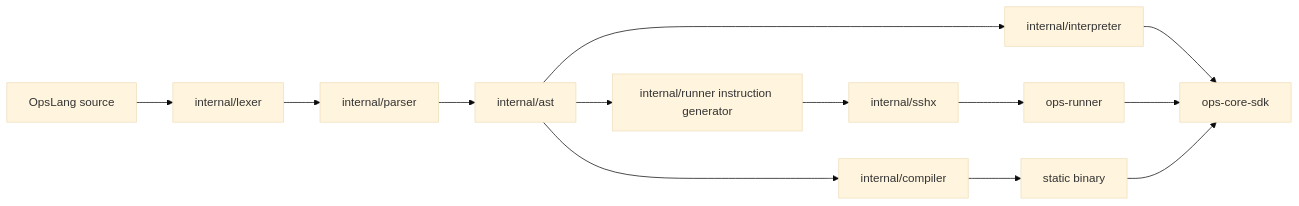
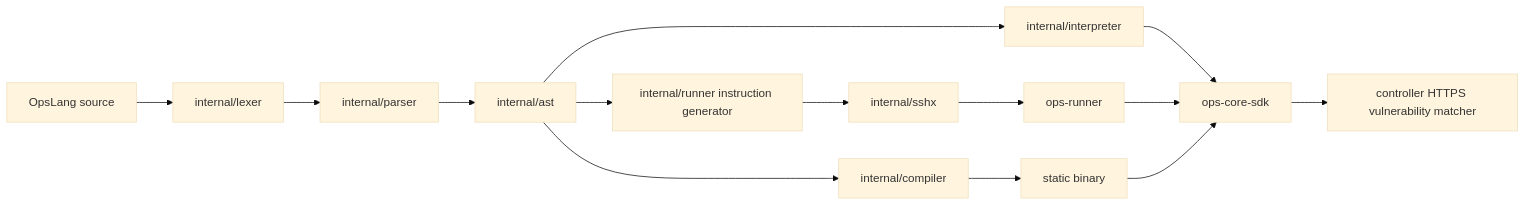
One commit to j4ckzh0u/opslang changed the first of 2 diagrams in .monkeycode/docs/ARCHITECTURE.md. Above: the diagram before and after it, drawn with Mermaid (base theme). The commit also changed other lines of this file and 18 other files, not shown here.

````diff
--- a/.monkeycode/docs/ARCHITECTURE.md
+++ b/.monkeycode/docs/ARCHITECTURE.md
@@ -89,15 +89,16 @@
 ```mermaid
 flowchart LR
     Source["OpsLang source"] --> Lexer["internal/lexer"]
     Lexer --> Parser["internal/parser"]
     Parser --> AST["internal/ast"]
     AST --> Interpreter["internal/interpreter"]
     AST --> Generator["internal/runner instruction generator"]
     AST --> Compiler["internal/compiler"]
     Interpreter --> SDK["ops-core-sdk"]
     Generator --> SSH["internal/sshx"]
     SSH --> Runner["ops-runner"]
     Runner --> SDK
+    SDK --> VulnDB["controller HTTPS vulnerability matcher"]
     Compiler --> Binary["static binary"]
     Binary --> SDK
 ```
````
